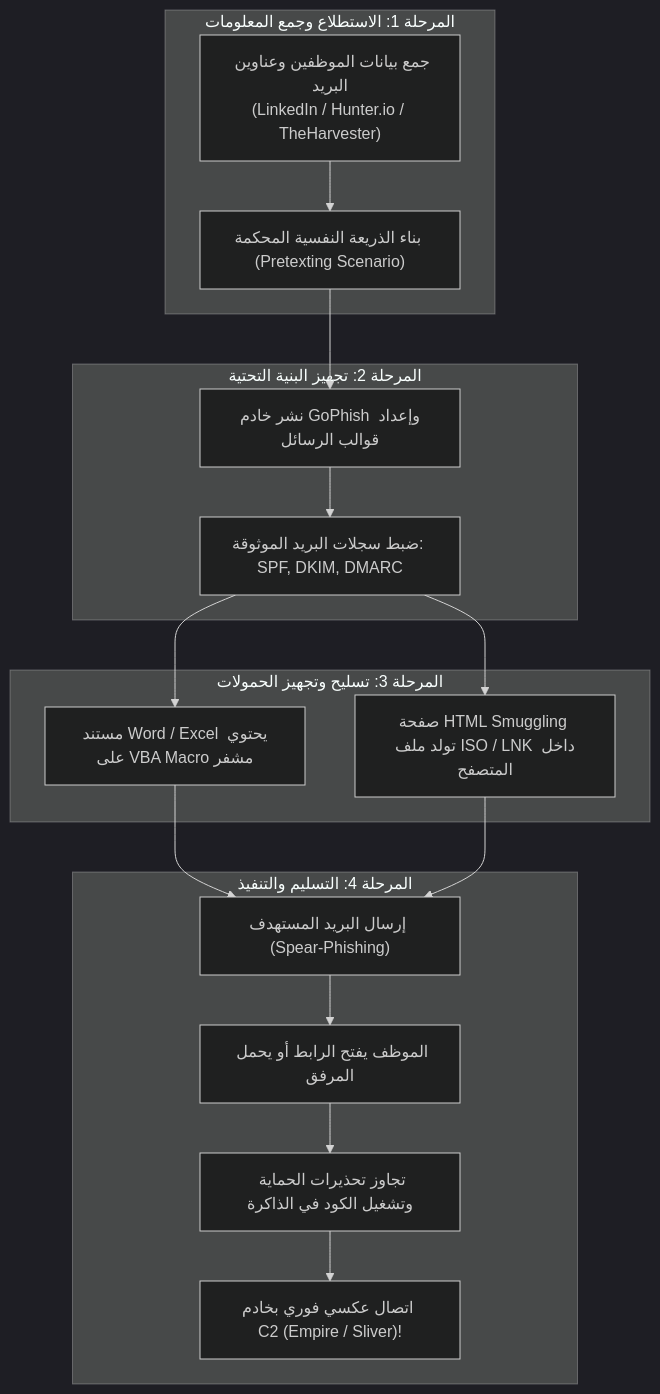
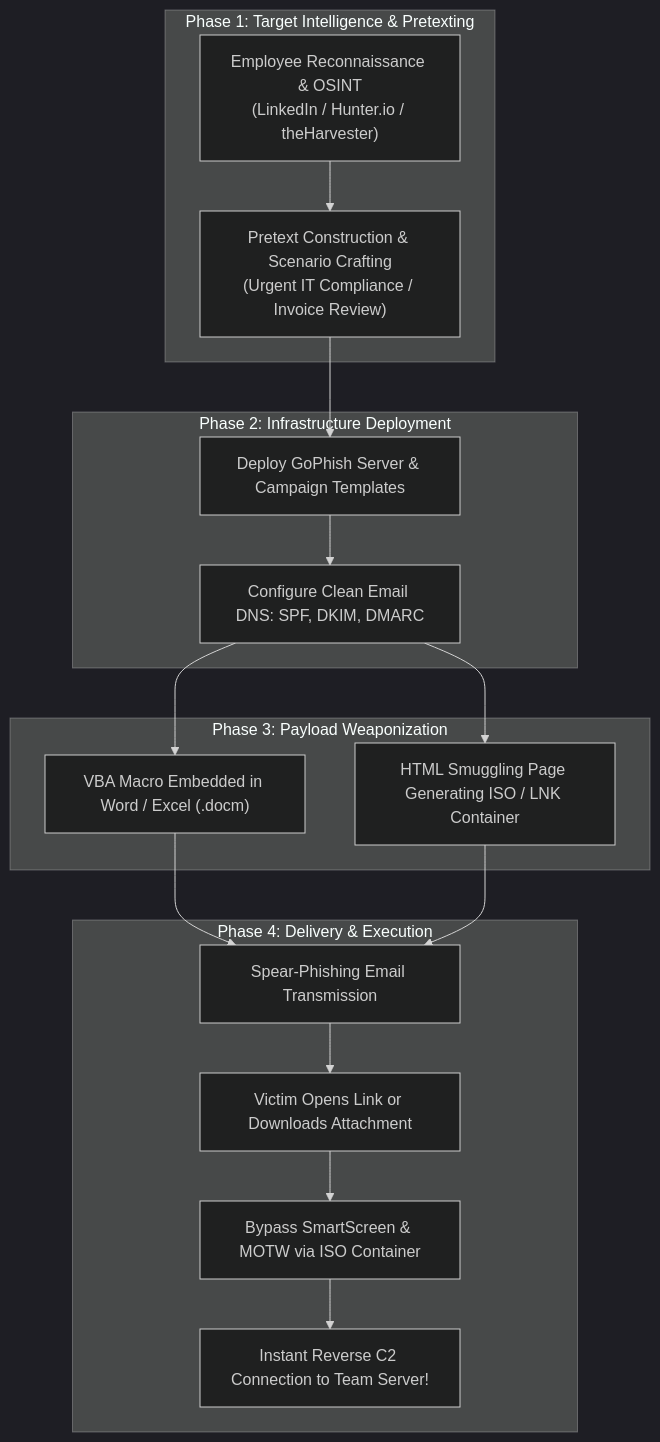
The first of 3 diagrams in _posts/2026-11-12-ecppt-v3-part-9-client-side-attacks.md (3bdo-fathi/3bdo-fathi.github.io), drawn with Mermaid (dark theme) before and after one commit. The commit also changed other lines of this file and 11 other files, not shown here.

````diff
--- a/_posts/2026-11-12-ecppt-v3-part-9-client-side-attacks.md
+++ b/_posts/2026-11-12-ecppt-v3-part-9-client-side-attacks.md
@@ -45,26 +43,26 @@
 ```mermaid
 flowchart TD
-    subgraph ReconPhase ["المرحلة 1: الاستطلاع وجمع المعلومات"]
-        OSINT["جمع بيانات الموظفين وعناوين البريد<br/>(LinkedIn / Hunter.io / TheHarvester)"]
-        Pretext["بناء الذريعة النفسية المحكمة (Pretexting Scenario)"]
+    subgraph ReconPhase ["Phase 1: Target Intelligence & Pretexting"]
+        OSINT["Employee Reconnaissance & OSINT<br/>(LinkedIn / Hunter.io / theHarvester)"]
+        Pretext["Pretext Construction & Scenario Crafting<br/>(Urgent IT Compliance / Invoice Review)"]
     end
 
-    subgraph InfraPhase ["المرحلة 2: تجهيز البنية التحتية"]
-        GoPhish["نشر خادم GoPhish وإعداد قوالب الرسائل"]
-        DNSConfig["ضبط سجلات البريد الموثوقة: SPF, DKIM, DMARC"]
+    subgraph InfraPhase ["Phase 2: Infrastructure Deployment"]
+        GoPhish["Deploy GoPhish Server & Campaign Templates"]
+        DNSConfig["Configure Clean Email DNS: SPF, DKIM, DMARC"]
     end
 
-    subgraph WeaponPhase ["المرحلة 3: تسليح وتجهيز الحمولات"]
-        Macro["مستند Word / Excel يحتوي على VBA Macro مشفر"]
-        Smuggle["صفحة HTML Smuggling تولد ملف ISO / LNK داخل المتصفح"]
+    subgraph WeaponPhase ["Phase 3: Payload Weaponization"]
+        Macro["VBA Macro Embedded in Word / Excel (.docm)"]
+        Smuggle["HTML Smuggling Page Generating ISO / LNK Container"]
     end
 
-    subgraph DeliveryPhase ["المرحلة 4: التسليم والتنفيذ"]
-        MailDelivery["إرسال البريد المستهدف (Spear-Phishing)"]
-        VictimClick["الموظف يفتح الرابط أو يحمل المرفق"]
-        MOTWBypass["تجاوز تحذيرات الحماية وتشغيل الكود في الذاكرة"]
-        Beacon["اتصال عكسي فوري بخادم C2 (Empire / Sliver)!"]
+    subgraph DeliveryPhase ["Phase 4: Delivery & Execution"]
+        MailDelivery["Spear-Phishing Email Transmission"]
+        VictimClick["Victim Opens Link or Downloads Attachment"]
+        MOTWBypass["Bypass SmartScreen & MOTW via ISO Container"]
+        Beacon["Instant Reverse C2 Connection to Team Server!"]
     end
 
     OSINT --> Pretext --> GoPhish --> DNSConfig --> Macro & Smuggle --> MailDelivery --> VictimClick --> MOTWBypass --> Beacon
 ```
````
